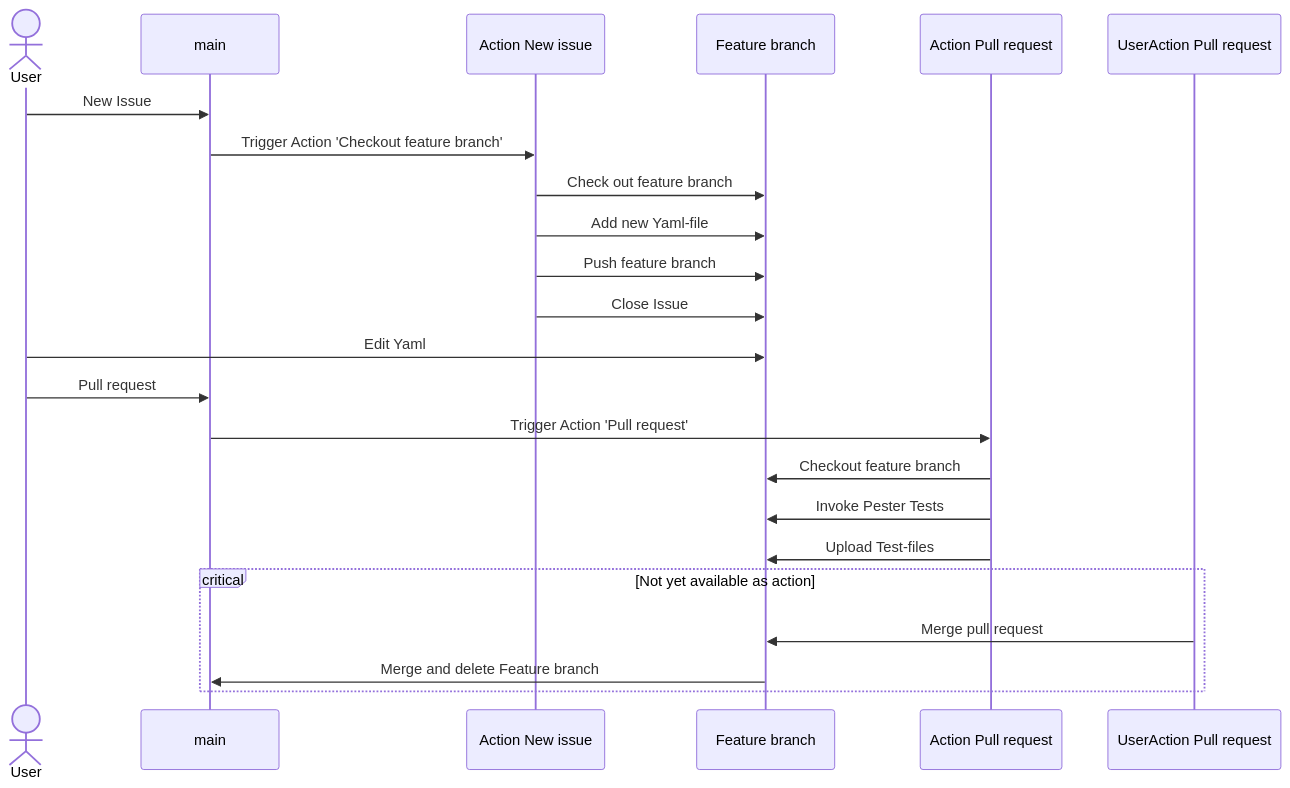
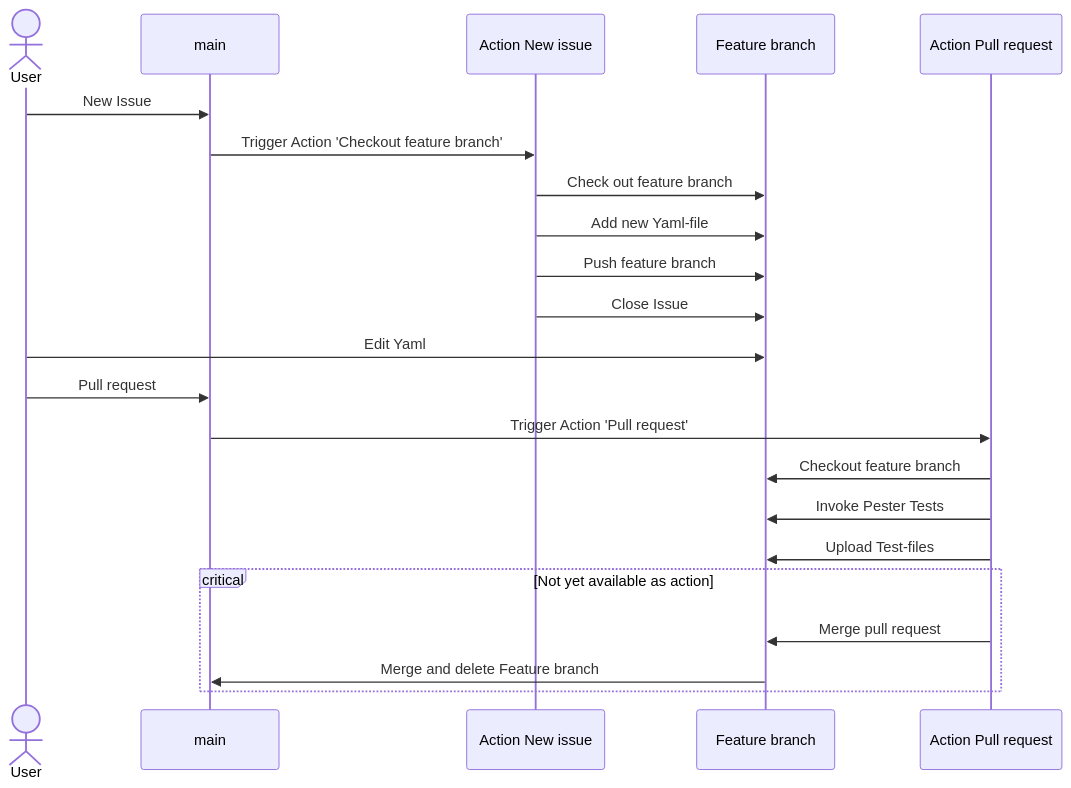
The diagram in README.md (tinuwalther/actionstest), drawn with Mermaid before and after one commit.

`````diff
--- a/README.md
+++ b/README.md
@@ -9,20 +9,20 @@
 ````mermaid
 sequenceDiagram
     actor User
     User->>main: New Issue
     main->>Action New issue: Trigger Action 'Checkout feature branch'
     Action New issue->>Feature branch: Check out feature branch
     Action New issue->>Feature branch: Add new Yaml-file
     Action New issue->>Feature branch: Push feature branch
     Action New issue->>Feature branch: Close Issue
     User->>Feature branch: Edit Yaml
     User->>main: Pull request
     main->>Action Pull request: Trigger Action 'Pull request'
     Action Pull request->>Feature branch: Checkout feature branch
     Action Pull request->>Feature branch: Invoke Pester Tests
     Action Pull request->>Feature branch: Upload Test-files
     critical Not yet available as action
-      UserAction Pull request->>Feature branch: Merge pull request
+      Action Pull request->>Feature branch: Merge pull request
       Feature branch->>main: Merge and delete Feature branch
     end
 ````
`````
